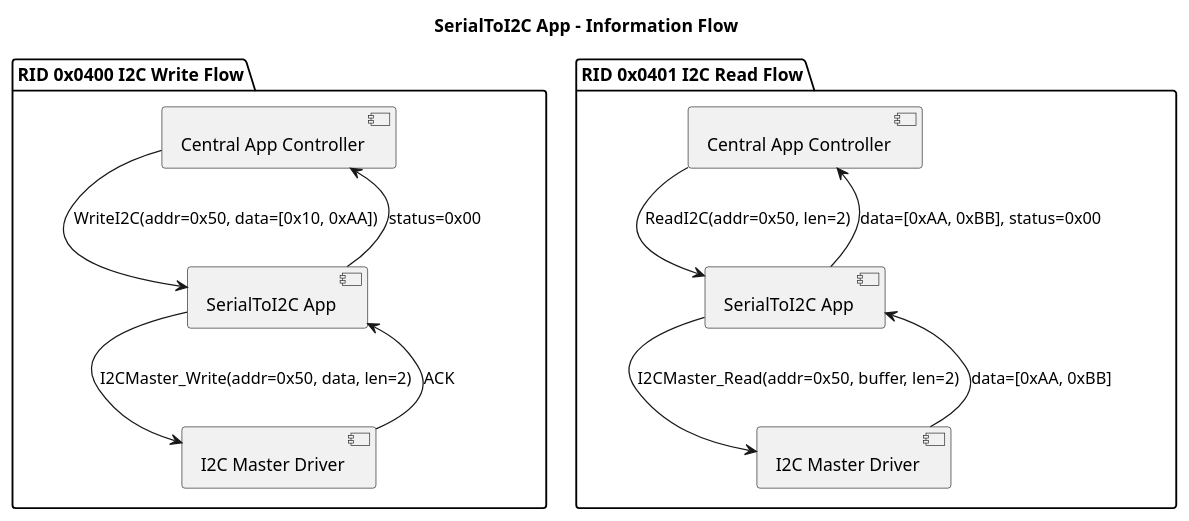
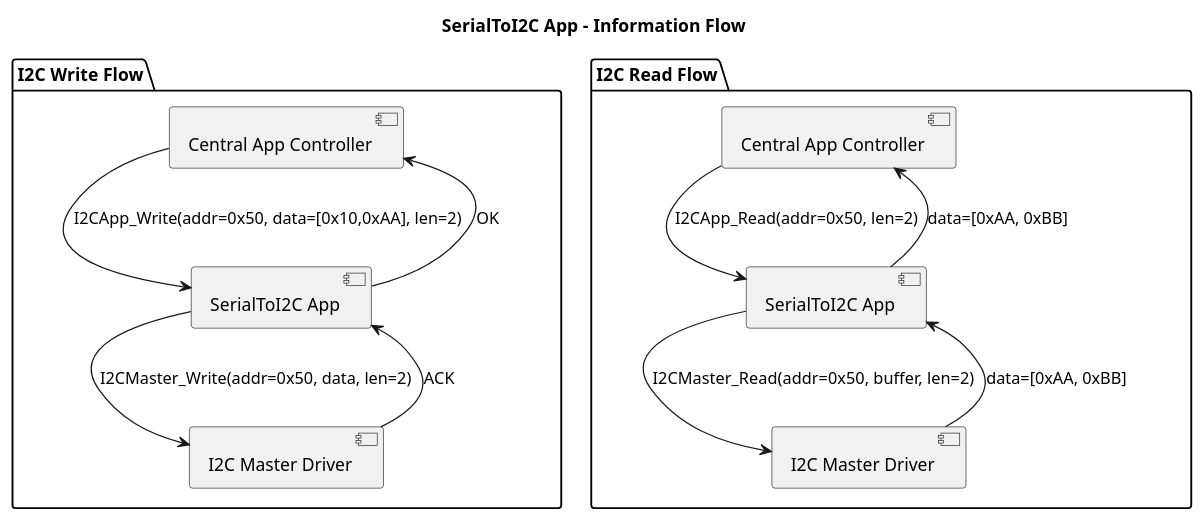
Before and after one commit to LinhTrucVo/Bico_Protocol_Bridge: the diagram in 2_architecture/fucntionView/layer3Application/serialToI2CApp/informationFlow.puml, drawn with PlantUML. The commit also changed 19 other files, not shown here.

First line of the commit message:
Central App Controller now owns all DID/RID mapping and converts UDS requests into typed API calls for downstream modules. ConfigService, SerialToXxxApp modules no longer have any UDS/DID/RID awareness — they expose plain typed APIs (e.g. ReadAdc(ch), WriteGpio(pin, state), SetAdcSampleRate(rate)).

```diff
--- a/2_architecture/fucntionView/layer3Application/serialToI2CApp/informationFlow.puml
+++ b/2_architecture/fucntionView/layer3Application/serialToI2CApp/informationFlow.puml
@@ -1,26 +1,26 @@
 @startuml
 title SerialToI2C App - Information Flow
 
-package "RID 0x0400 I2C Write Flow" {
+package "I2C Write Flow" {
     component "Central App Controller" as CC1
     component "SerialToI2C App" as I2C1
     component "I2C Master Driver" as DRV1
 
-    CC1 -down-> I2C1 : WriteI2C(addr=0x50, data=[0x10, 0xAA])
+    CC1 -down-> I2C1 : I2CApp_Write(addr=0x50, data=[0x10,0xAA], len=2)
     I2C1 -down-> DRV1 : I2CMaster_Write(addr=0x50, data, len=2)
     DRV1 -up-> I2C1 : ACK
-    I2C1 -up-> CC1 : status=0x00
+    I2C1 -up-> CC1 : OK
 }
 
-package "RID 0x0401 I2C Read Flow" {
+package "I2C Read Flow" {
     component "Central App Controller" as CC2
     component "SerialToI2C App" as I2C2
     component "I2C Master Driver" as DRV2
 
-    CC2 -down-> I2C2 : ReadI2C(addr=0x50, len=2)
+    CC2 -down-> I2C2 : I2CApp_Read(addr=0x50, len=2)
     I2C2 -down-> DRV2 : I2CMaster_Read(addr=0x50, buffer, len=2)
     DRV2 -up-> I2C2 : data=[0xAA, 0xBB]
-    I2C2 -up-> CC2 : data=[0xAA, 0xBB], status=0x00
+    I2C2 -up-> CC2 : data=[0xAA, 0xBB]
 }
 
 @enduml
```
